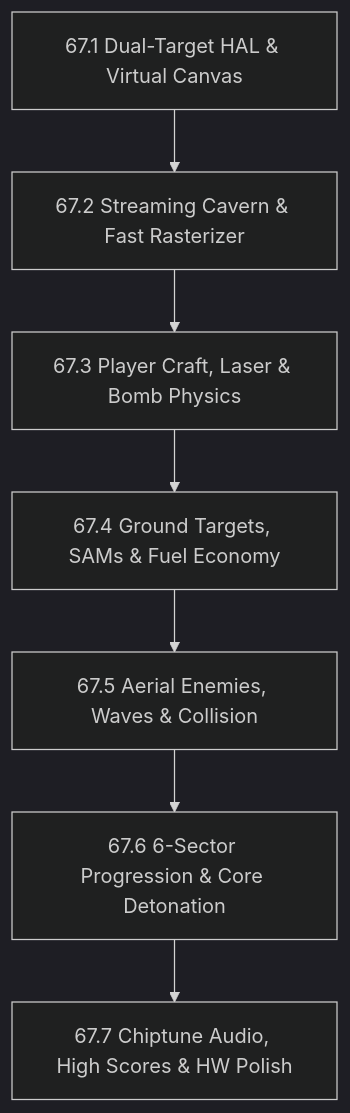
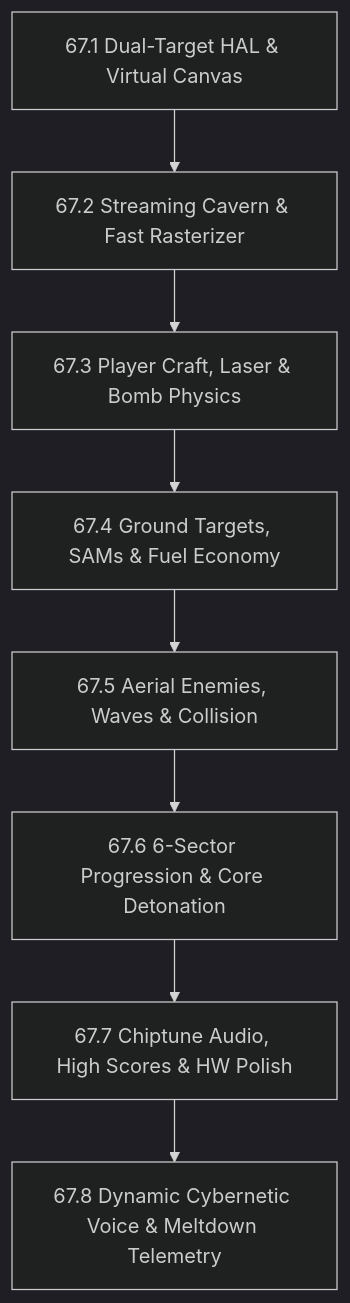
The diagram in plan/phase67_ceres_alpha.md (domschl/LugalOS), drawn with Mermaid (dark theme) before and after one commit. The commit also changed other lines of this file and 11 other files, not shown here.

First line of the commit message:
audio: dynamic cybernetic voice with 3-tier generative variation in Ceres Alpha & Moonbase Lambda (67.8, 64.21)

````diff
--- a/plan/phase67_ceres_alpha.md
+++ b/plan/phase67_ceres_alpha.md
@@ -200,9 +200,10 @@
 ```mermaid
 flowchart TD
     M1["67.1 Dual-Target HAL & Virtual Canvas"] --> M2["67.2 Streaming Cavern & Fast Rasterizer"]
     M2 --> M3["67.3 Player Craft, Laser & Bomb Physics"]
     M3 --> M4["67.4 Ground Targets, SAMs & Fuel Economy"]
     M4 --> M5["67.5 Aerial Enemies, Waves & Collision"]
     M5 --> M6["67.6 6-Sector Progression & Core Detonation"]
     M6 --> M7["67.7 Chiptune Audio, High Scores & HW Polish"]
+    M7 --> M8["67.8 Dynamic Cybernetic Voice & Meltdown Telemetry"]
 ```
````
